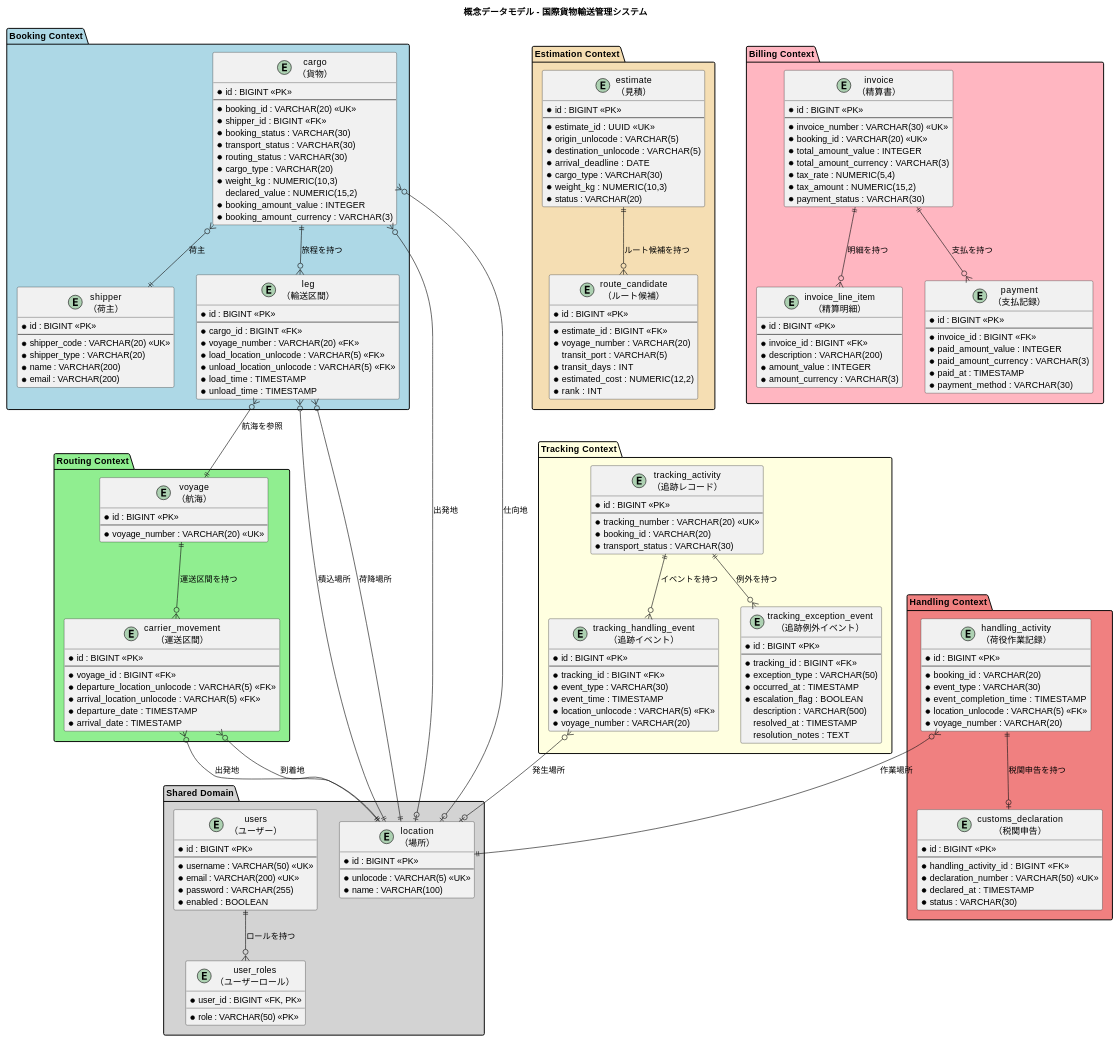
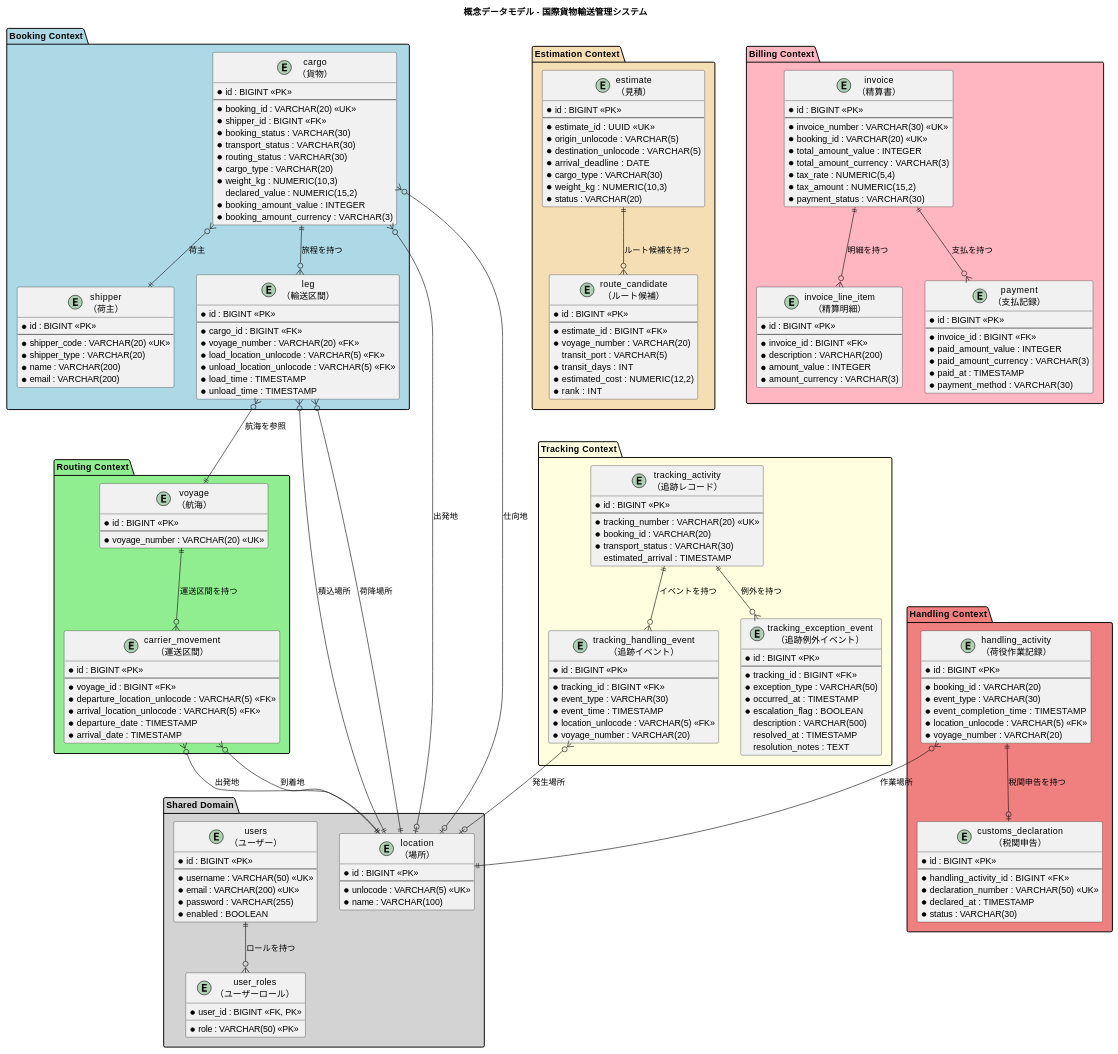
Before and after one commit to k2works/case-study-cargo-tracker: the first of 9 diagrams in docs/design/data-model.md, drawn with PlantUML. The commit also changed other lines of this file and 16 other files, not shown here.

```diff
--- a/docs/design/data-model.md
+++ b/docs/design/data-model.md
@@ -125,6 +125,7 @@
     * tracking_number : VARCHAR(20) <<UK>>
     * booking_id : VARCHAR(20)
     * transport_status : VARCHAR(30)
+    estimated_arrival : TIMESTAMP
   }
 
   entity "tracking_handling_event\n（追跡イベント）" as tracking_handling_event {
```
